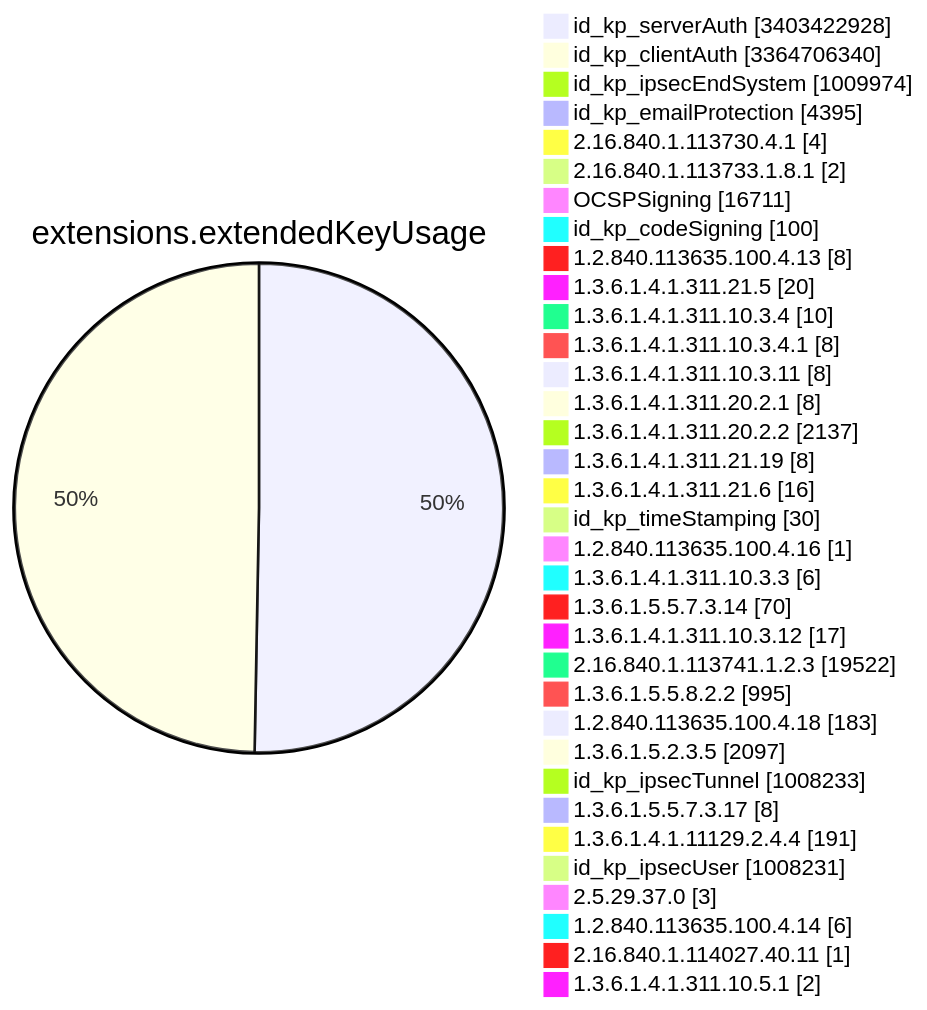
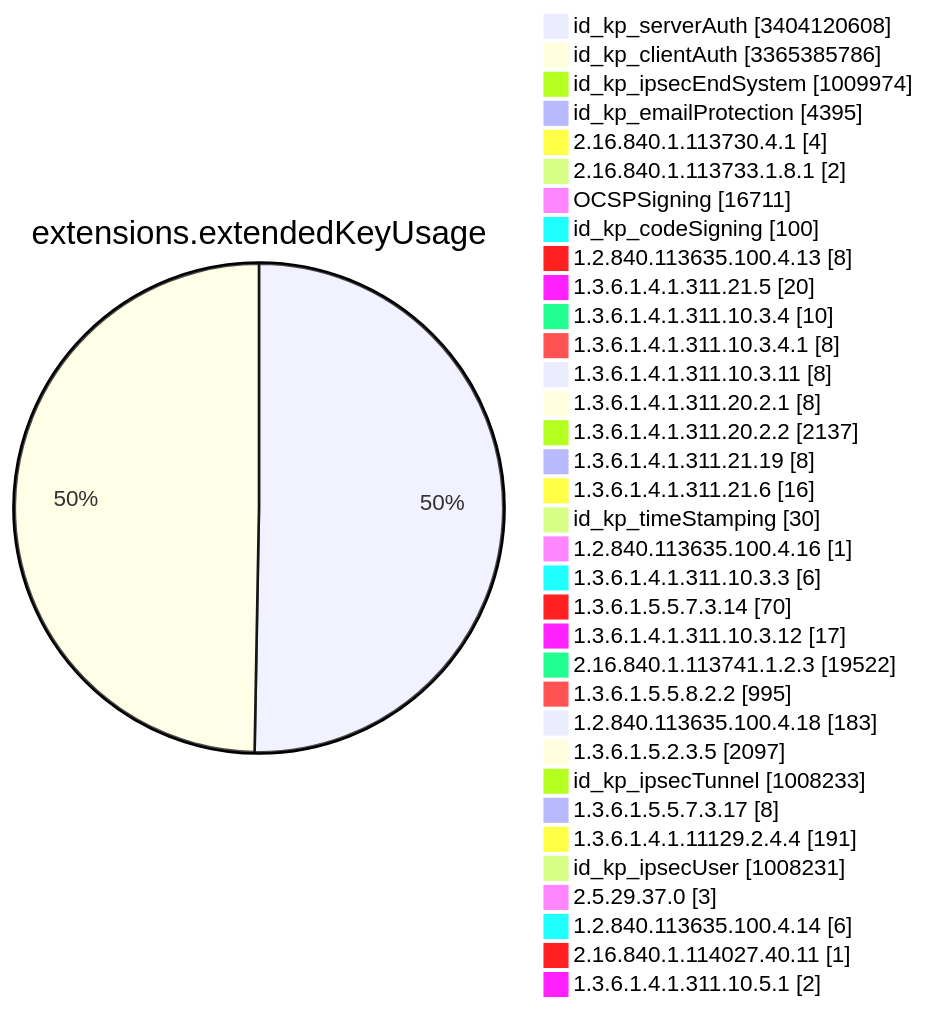
Diagram 11 of 15 in TOTAL/README.md (christiankrug/ctmonitor_visualization), drawn with Mermaid before and after one commit. The commit also changed other lines of this file, not shown here.

````diff
--- a/TOTAL/README.md
+++ b/TOTAL/README.md
@@ -4121,38 +4121,38 @@
 ```mermaid
 pie showData
 title extensions.extendedKeyUsage
-"id_kp_serverAuth" :3403422928
-"id_kp_clientAuth" :3364706340
+"id_kp_serverAuth" :3404120608
+"id_kp_clientAuth" :3365385786
 "id_kp_ipsecEndSystem" :1009974
 "id_kp_emailProtection" :4395
 "2.16.840.1.113730.4.1" :4
 "2.16.840.1.113733.1.8.1" :2
 "OCSPSigning" :16711
 "id_kp_codeSigning" :100
 "1.2.840.113635.100.4.13" :8
 "1.3.6.1.4.1.311.21.5" :20
 "1.3.6.1.4.1.311.10.3.4" :10
 "1.3.6.1.4.1.311.10.3.4.1" :8
 "1.3.6.1.4.1.311.10.3.11" :8
 "1.3.6.1.4.1.311.20.2.1" :8
 "1.3.6.1.4.1.311.20.2.2" :2137
 "1.3.6.1.4.1.311.21.19" :8
 "1.3.6.1.4.1.311.21.6" :16
 "id_kp_timeStamping" :30
 "1.2.840.113635.100.4.16" :1
 "1.3.6.1.4.1.311.10.3.3" :6
 "1.3.6.1.5.5.7.3.14" :70
 "1.3.6.1.4.1.311.10.3.12" :17
 "2.16.840.1.113741.1.2.3" :19522
 "1.3.6.1.5.5.8.2.2" :995
 "1.2.840.113635.100.4.18" :183
 "1.3.6.1.5.2.3.5" :2097
 "id_kp_ipsecTunnel" :1008233
 "1.3.6.1.5.5.7.3.17" :8
 "1.3.6.1.4.1.11129.2.4.4" :191
 "id_kp_ipsecUser" :1008231
 "2.5.29.37.0" :3
 "1.2.840.113635.100.4.14" :6
 "2.16.840.1.114027.40.11" :1
 "1.3.6.1.4.1.311.10.5.1" :2
 ```
````
